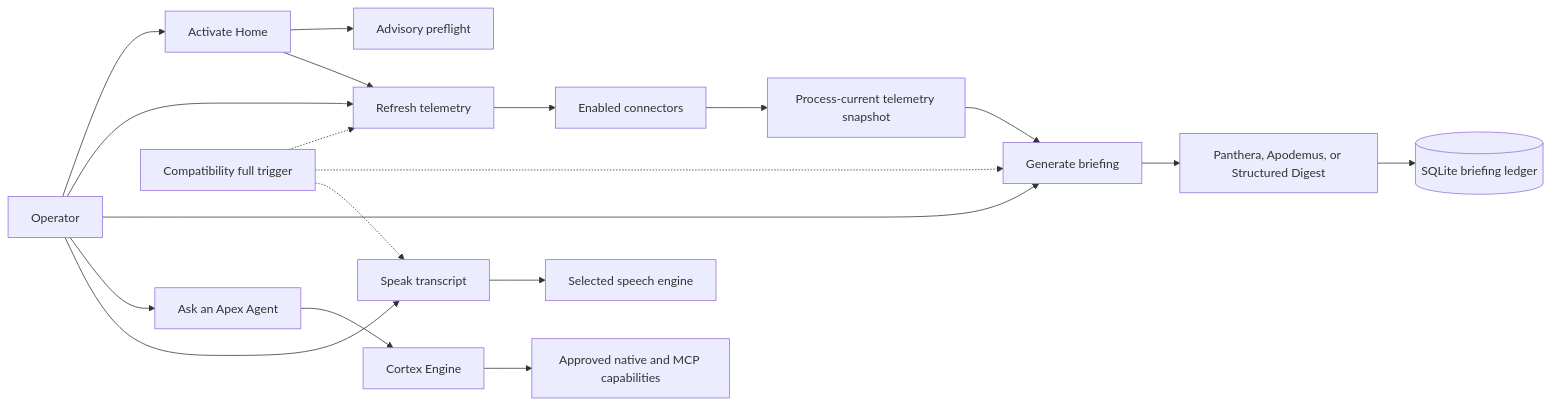
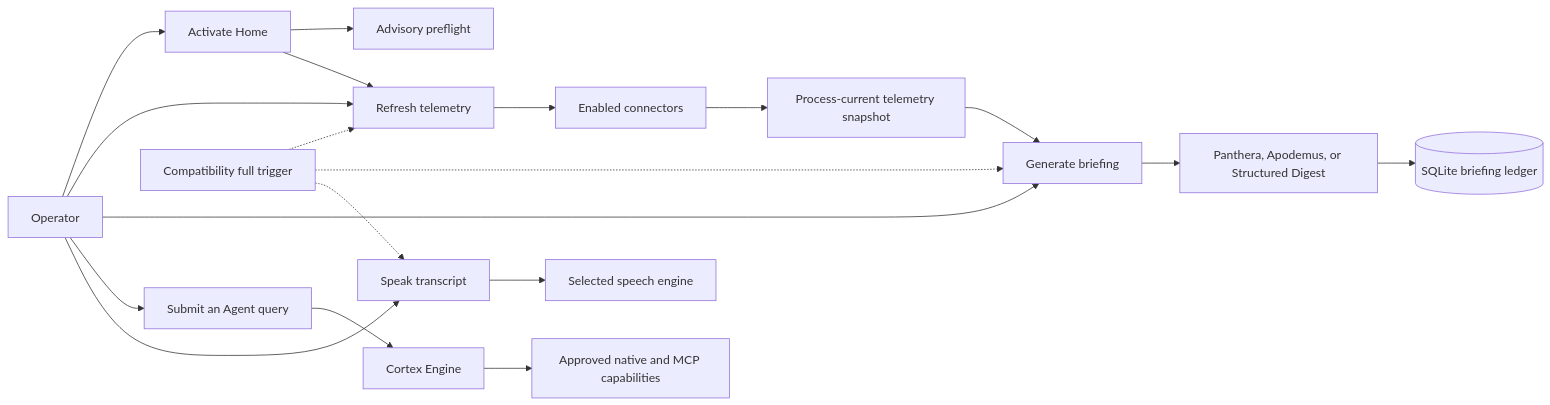
One commit to edumarcano/APEX changed the second of 3 diagrams in docs/architecture.md. Above: the diagram before and after it, drawn with Mermaid. The commit also changed other lines of this file and 30 other files, not shown here.

First line of the commit message:
refactor: rename ask apex controls (#341)

````diff
--- a/docs/architecture.md
+++ b/docs/architecture.md
@@ -51,30 +51,30 @@
 ```mermaid
 flowchart LR
     USER["Operator"]
 
     USER --> ACTIVATE["Activate Home"]
     USER --> REFRESH["Refresh telemetry"]
     USER --> BRIEF["Generate briefing"]
-    USER --> ASK["Ask an Apex Agent"]
+    USER --> ASK["Submit an Agent query"]
     USER --> SPEAK["Speak transcript"]
 
     ACTIVATE --> PREFLIGHT["Advisory preflight"]
     ACTIVATE --> REFRESH
 
     REFRESH --> CONNECTORS["Enabled connectors"]
     CONNECTORS --> SNAPSHOT["Process-current telemetry snapshot"]
 
     SNAPSHOT --> BRIEF
     BRIEF --> SYNTHESIS["Panthera, Apodemus, or Structured Digest"]
     SYNTHESIS --> LEDGER[("SQLite briefing ledger")]
 
     ASK --> CORTEX["Cortex Engine"]
     CORTEX --> TOOLS["Approved native and MCP capabilities"]
 
     SPEAK --> VOICE["Selected speech engine"]
 
     FULL["Compatibility full trigger"]
     FULL -.-> REFRESH
     FULL -.-> BRIEF
     FULL -.-> SPEAK
 ```
````
